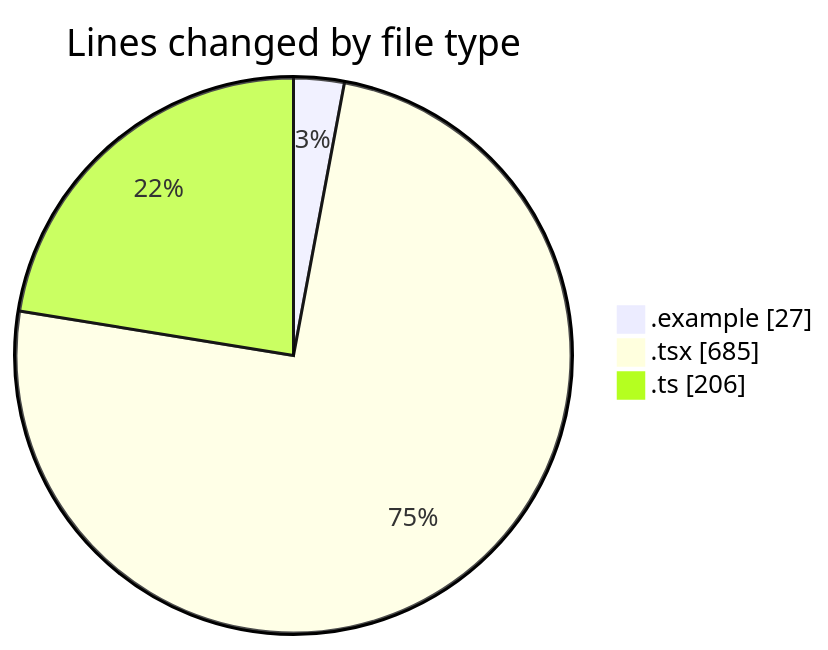
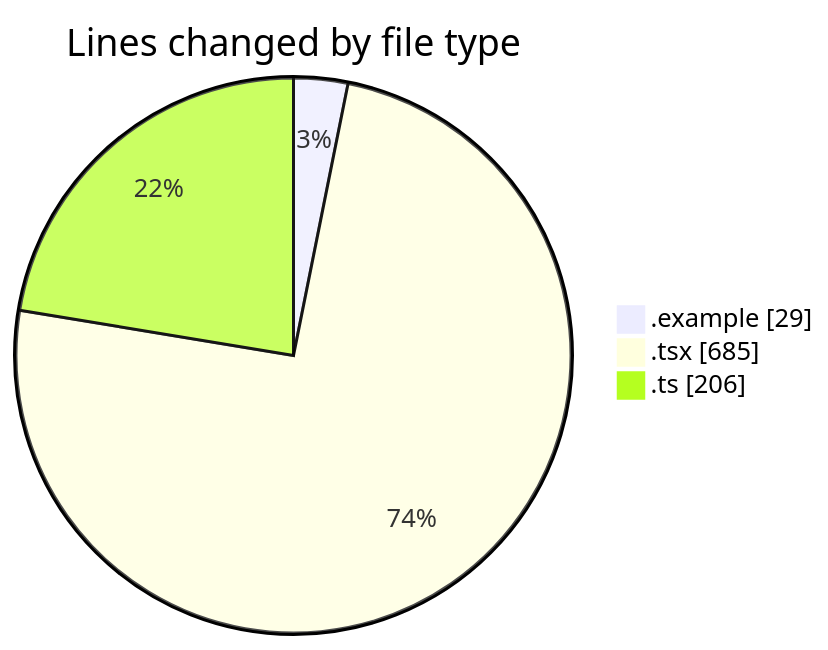
The first of 2 diagrams in 2025-11-16/eventscop-frontend-guide__workspace_/README.md (julien-gomy/code-tracking), drawn with Mermaid before and after one commit. The commit also changed other lines of this file and 1 other file, not shown here.

````diff
--- a/2025-11-16/eventscop-frontend-guide__workspace_/README.md
+++ b/2025-11-16/eventscop-frontend-guide__workspace_/README.md
@@ -27,7 +27,7 @@
 ```mermaid
 pie showData
 title Lines changed by file type
-".example" : 27
+".example" : 29
 ".tsx" : 685
 ".ts" : 206
 ```
````
